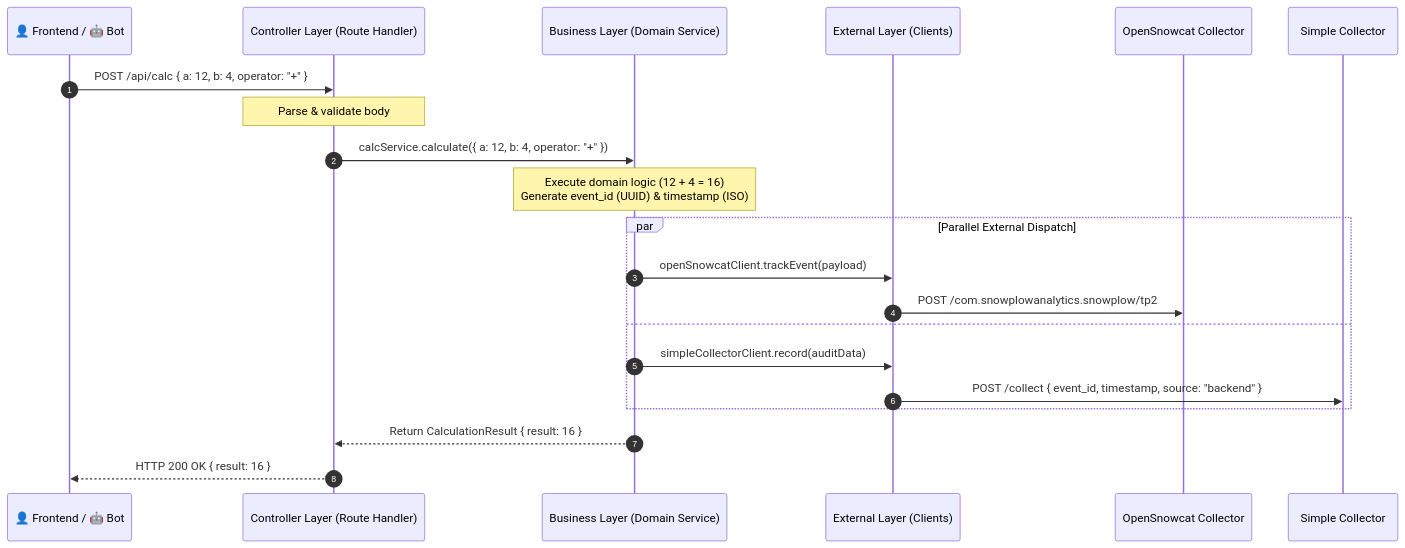
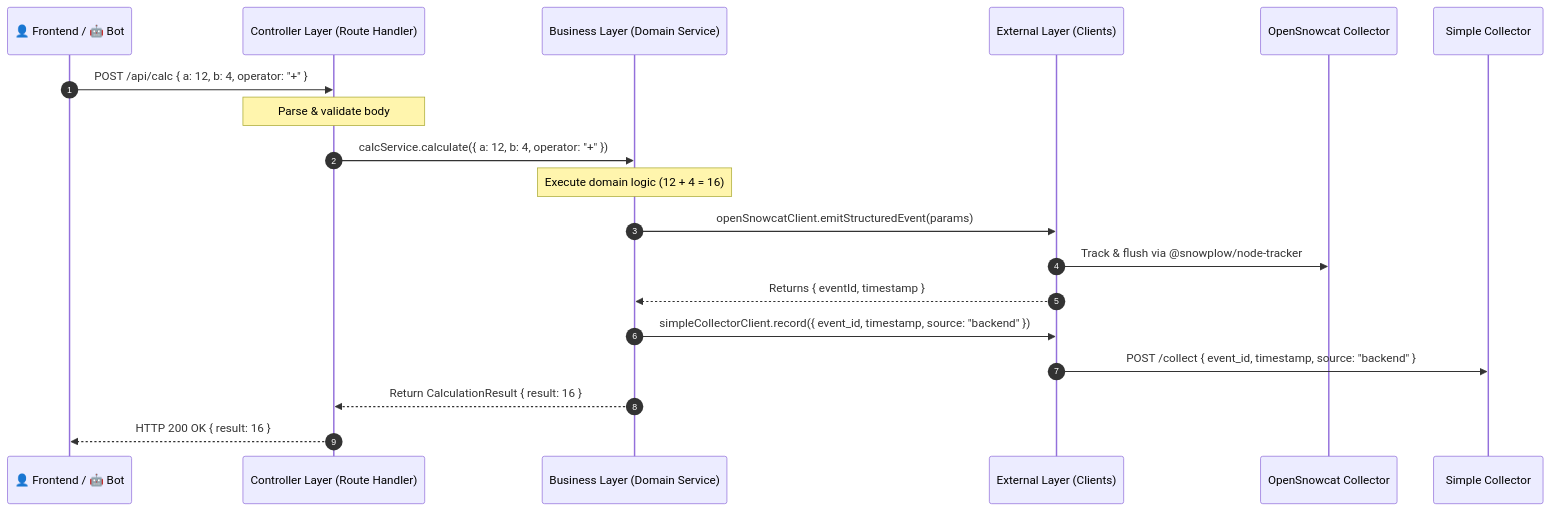
Before and after one commit to lucastheo/opensnowcat-events-test: the diagram in docs/modules/backend-producer.md, drawn with Mermaid. The commit also changed other lines of this file and 63 other files, not shown here.

````diff
--- a/docs/modules/backend-producer.md
+++ b/docs/modules/backend-producer.md
@@ -60,27 +60,25 @@
 ```mermaid
 sequenceDiagram
     autonumber
     participant Client as 👤 Frontend / 🤖 Bot
     participant Controller as Controller Layer (Route Handler)
     participant Business as Business Layer (Domain Service)
     participant External as External Layer (Clients)
     participant OSC as OpenSnowcat Collector
     participant SC as Simple Collector
 
     Client->>Controller: POST /api/calc { a: 12, b: 4, operator: "+" }
     Note over Controller: Parse & validate body
     Controller->>Business: calcService.calculate({ a: 12, b: 4, operator: "+" })
     
-    Note over Business: Execute domain logic (12 + 4 = 16)<br/>Generate event_id (UUID) & timestamp (ISO)
+    Note over Business: Execute domain logic (12 + 4 = 16)
 
-    par Parallel External Dispatch
-        Business->>External: openSnowcatClient.trackEvent(payload)
-        External->>OSC: POST /com.snowplowanalytics.snowplow/tp2
-    and
-        Business->>External: simpleCollectorClient.record(auditData)
-        External->>SC: POST /collect { event_id, timestamp, source: "backend" }
-    end
+    Business->>External: openSnowcatClient.emitStructuredEvent(params)
+    External->>OSC: Track & flush via @snowplow/node-tracker
+    External-->>Business: Returns { eventId, timestamp }
+    Business->>External: simpleCollectorClient.record({ event_id, timestamp, source: "backend" })
+    External->>SC: POST /collect { event_id, timestamp, source: "backend" }
 
     Business-->>Controller: Return CalculationResult { result: 16 }
     Controller-->>Client: HTTP 200 OK { result: 16 }
 ```
````
